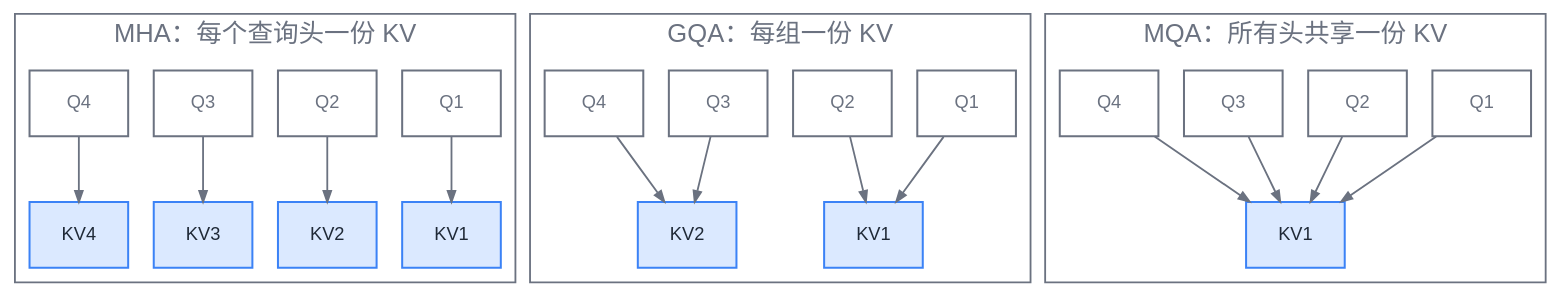
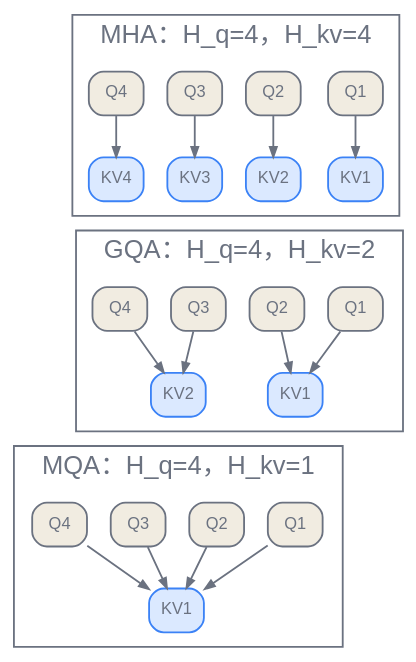
One commit to latere-ai/ai-as-an-infrastructure changed the second of 2 diagrams in zh/foundations/04-transformer-architecture.qmd. Above: the diagram before and after it, drawn with Graphviz. The commit also changed other lines of this file and 1 other file, not shown here.

Commit message:
docs: rewrite Chinese transformer architecture chapter

````diff
--- a/zh/foundations/04-transformer-architecture.qmd
+++ b/zh/foundations/04-transformer-architecture.qmd
@@ -139,39 +268,39 @@
 ```{dot}
 //| label: fig-kv-sharing
-//| fig-cap: "MHA、GQA 与 MQA 如何把查询头对应到被缓存的键/值头。只有 KV 头位于缓存中，所以把多个查询头合并到一个 KV 头正是缓存缩小的原因。"
+//| fig-cap: "四个查询头在 MHA、两组 GQA 与 MQA 下的共享方式。缓存有效载荷与不同的蓝色 KV 框数量成正比，而不是与读取每个框的查询头数成正比。"
 digraph kv {
   bgcolor="transparent";
-  node [shape=box, fontname="Helvetica", fontsize=10, color="#6b7280", fontcolor="#6b7280", penwidth=1.1];
-  edge [color="#6b7280", fontcolor="#6b7280", arrowsize=0.6];
   rankdir=TB;
-  nodesep=0.2;
+  nodesep=0.18; ranksep=0.32;
+  node [shape=box, style="rounded,filled", fixedsize=true, width=0.42, height=0.34, margin="0.05,0.03", fontname="Helvetica", fontsize=9, color="#6b7280", fontcolor="#6b7280", fillcolor="#f1ece1", penwidth=1.0];
+  edge [color="#6b7280", arrowsize=0.55];
 
   subgraph cluster_mha {
-    label="MHA：每个查询头一份 KV";
-    fontname="Helvetica"; fontcolor="#6b7280"; color="#6b7280";
-    q1 [label="Q1"]; q2 [label="Q2"]; q3 [label="Q3"]; q4 [label="Q4"];
-    k1 [label="KV1", style=filled, fillcolor="#dbe9ff", color="#3b82f6", fontcolor="#1f2937"];
-    k2 [label="KV2", style=filled, fillcolor="#dbe9ff", color="#3b82f6", fontcolor="#1f2937"];
-    k3 [label="KV3", style=filled, fillcolor="#dbe9ff", color="#3b82f6", fontcolor="#1f2937"];
-    k4 [label="KV4", style=filled, fillcolor="#dbe9ff", color="#3b82f6", fontcolor="#1f2937"];
-    q1 -> k1; q2 -> k2; q3 -> k3; q4 -> k4;
+    label="MHA：H_q=4，H_kv=4"; fontname="Helvetica"; fontcolor="#6b7280"; color="#6b7280";
+    mq1 [label="Q1"]; mq2 [label="Q2"]; mq3 [label="Q3"]; mq4 [label="Q4"];
+    mk1 [label="KV1", fillcolor="#dbe9ff", color="#3b82f6"];
+    mk2 [label="KV2", fillcolor="#dbe9ff", color="#3b82f6"];
+    mk3 [label="KV3", fillcolor="#dbe9ff", color="#3b82f6"];
+    mk4 [label="KV4", fillcolor="#dbe9ff", color="#3b82f6"];
+    mq1 -> mk1; mq2 -> mk2; mq3 -> mk3; mq4 -> mk4;
   }
 
   subgraph cluster_gqa {
-    label="GQA：每组一份 KV";
-    fontname="Helvetica"; fontcolor="#6b7280"; color="#6b7280";
-    g1 [label="Q1"]; g2 [label="Q2"]; g3 [label="Q3"]; g4 [label="Q4"];
-    gk1 [label="KV1", style=filled, fillcolor="#dbe9ff", color="#3b82f6", fontcolor="#1f2937"];
-    gk2 [label="KV2", style=filled, fillcolor="#dbe9ff", color="#3b82f6", fontcolor="#1f2937"];
-    g1 -> gk1; g2 -> gk1; g3 -> gk2; g4 -> gk2;
+    label="GQA：H_q=4，H_kv=2"; fontname="Helvetica"; fontcolor="#6b7280"; color="#6b7280";
+    gq1 [label="Q1"]; gq2 [label="Q2"]; gq3 [label="Q3"]; gq4 [label="Q4"];
+    gk1 [label="KV1", fillcolor="#dbe9ff", color="#3b82f6"];
+    gk2 [label="KV2", fillcolor="#dbe9ff", color="#3b82f6"];
+    gq1 -> gk1; gq2 -> gk1; gq3 -> gk2; gq4 -> gk2;
   }
 
   subgraph cluster_mqa {
-    label="MQA：所有头共享一份 KV";
-    fontname="Helvetica"; fontcolor="#6b7280"; color="#6b7280";
-    m1 [label="Q1"]; m2 [label="Q2"]; m3 [label="Q3"]; m4 [label="Q4"];
-    mk [label="KV1", style=filled, fillcolor="#dbe9ff", color="#3b82f6", fontcolor="#1f2937"];
-    m1 -> mk; m2 -> mk; m3 -> mk; m4 -> mk;
+    label="MQA：H_q=4，H_kv=1"; fontname="Helvetica"; fontcolor="#6b7280"; color="#6b7280";
+    qq1 [label="Q1"]; qq2 [label="Q2"]; qq3 [label="Q3"]; qq4 [label="Q4"];
+    kk1 [label="KV1", fillcolor="#dbe9ff", color="#3b82f6"];
+    qq1 -> kk1; qq2 -> kk1; qq3 -> kk1; qq4 -> kk1;
   }
+
+  mk1 -> gq1 [style=invis, weight=100];
+  gk1 -> qq1 [style=invis, weight=100];
 }
 ```
````
